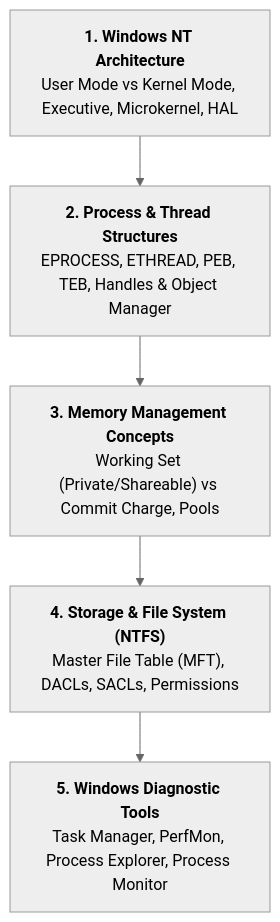
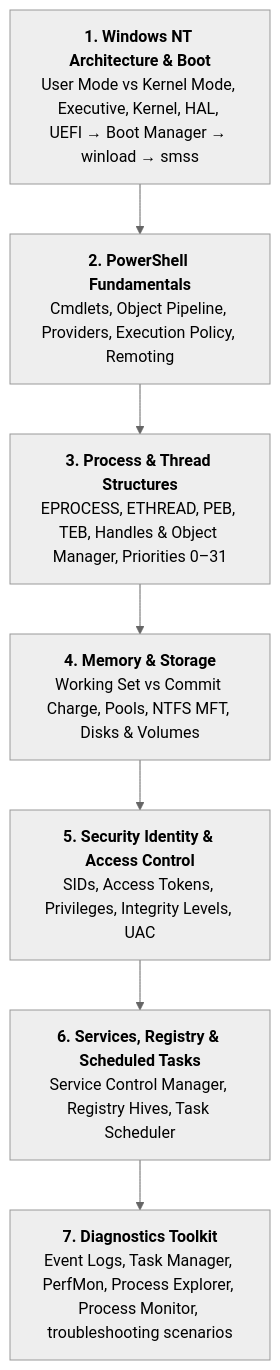
One commit to HelloMinh2122005/SelfLearn changed the diagram in cloud_devops_basic/windows/README.md. Above: the diagram before and after it, drawn with Mermaid (neutral theme). The commit also changed other lines of this file and 148 other files, not shown here.

````diff
--- a/cloud_devops_basic/windows/README.md
+++ b/cloud_devops_basic/windows/README.md
@@ -11,7 +13,9 @@
 ```mermaid
 flowchart TD
-    W1["<b>1. Windows NT Architecture</b><br/>User Mode vs Kernel Mode, Executive, Microkernel, HAL"] --> W2["<b>2. Process & Thread Structures</b><br/>EPROCESS, ETHREAD, PEB, TEB, Handles & Object Manager"]
-    W2 --> W3["<b>3. Memory Management Concepts</b><br/>Working Set (Private/Shareable) vs Commit Charge, Pools"]
-    W3 --> W4["<b>4. Storage & File System (NTFS)</b><br/>Master File Table (MFT), DACLs, SACLs, Permissions"]
-    W4 --> W5["<b>5. Windows Diagnostic Tools</b><br/>Task Manager, PerfMon, Process Explorer, Process Monitor"]
+    W1["<b>1. Windows NT Architecture & Boot</b><br/>User Mode vs Kernel Mode, Executive, Kernel, HAL, UEFI → Boot Manager → winload → smss"] --> W2["<b>2. PowerShell Fundamentals</b><br/>Cmdlets, Object Pipeline, Providers, Execution Policy, Remoting"]
+    W2 --> W3["<b>3. Process & Thread Structures</b><br/>EPROCESS, ETHREAD, PEB, TEB, Handles & Object Manager, Priorities 0–31"]
+    W3 --> W4["<b>4. Memory & Storage</b><br/>Working Set vs Commit Charge, Pools, NTFS MFT, Disks & Volumes"]
+    W4 --> W5["<b>5. Security Identity & Access Control</b><br/>SIDs, Access Tokens, Privileges, Integrity Levels, UAC"]
+    W5 --> W6["<b>6. Services, Registry & Scheduled Tasks</b><br/>Service Control Manager, Registry Hives, Task Scheduler"]
+    W6 --> W7["<b>7. Diagnostics Toolkit</b><br/>Event Logs, Task Manager, PerfMon, Process Explorer, Process Monitor, troubleshooting scenarios"]
 ```
````
